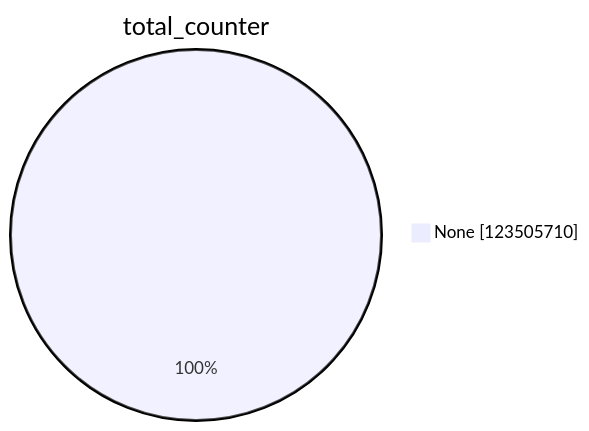
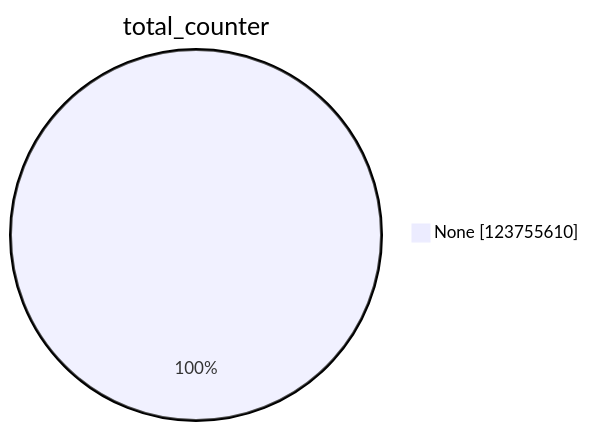
The first of 15 diagrams in xenon2023/README.md (christiankrug/ctmonitor_visualization), drawn with Mermaid before and after one commit. The commit also changed other lines of this file, not shown here.

````diff
--- a/xenon2023/README.md
+++ b/xenon2023/README.md
@@ -1,5 +1,5 @@
 ```mermaid
 pie showData
 title total_counter
-"None" :123505710
+"None" :123755610
 ```
````
